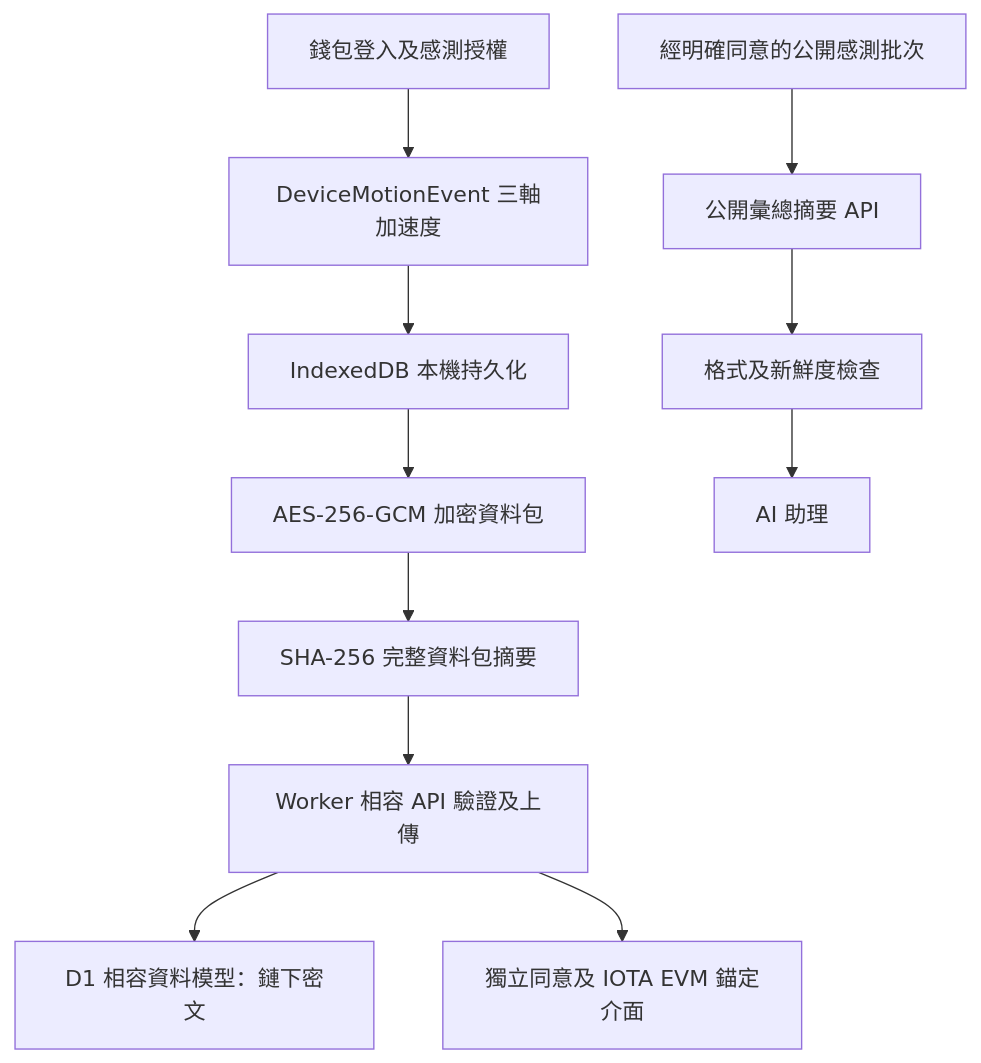
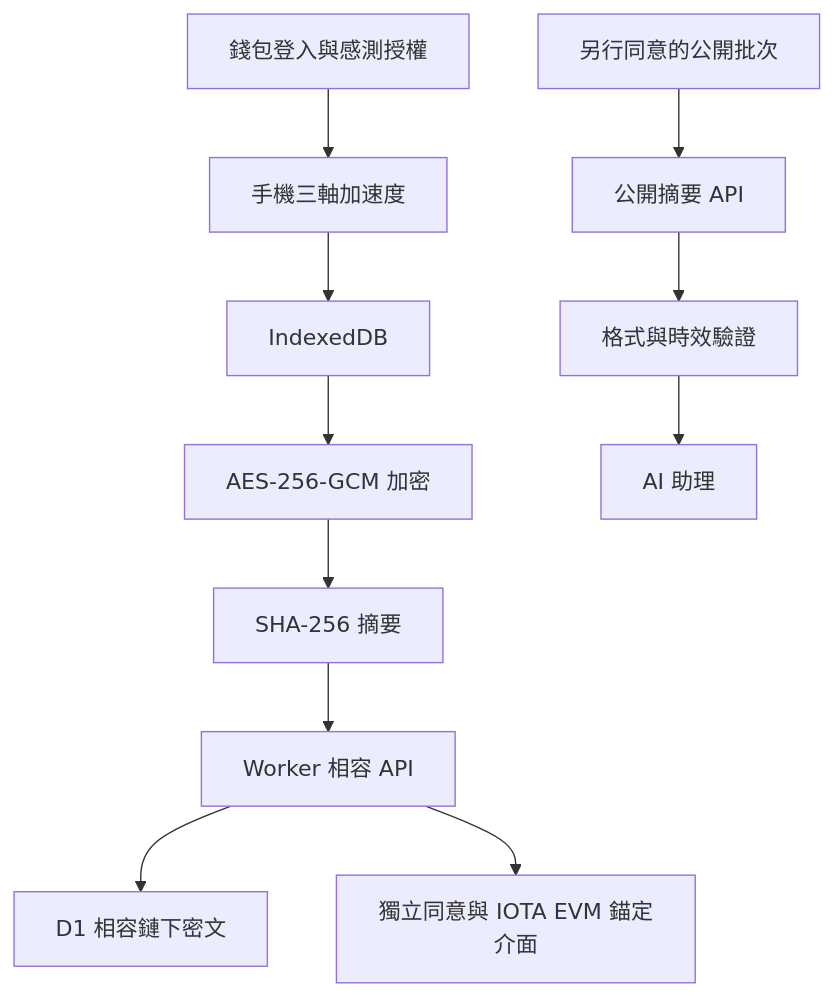
The second of 2 diagrams in docs/A2Z.md (marco202610/AIOT-DIC3), drawn with Mermaid before and after one commit. The commit also changed other lines of this file, not shown here.

````diff
--- a/docs/A2Z.md
+++ b/docs/A2Z.md
@@ -148,13 +197,13 @@
 ```mermaid
 flowchart TD
- W[錢包登入及感測授權] --> S[DeviceMotionEvent 三軸加速度]
- S --> L[IndexedDB 本機持久化]
- L --> E[AES-256-GCM 加密資料包]
- E --> H[SHA-256 完整資料包摘要]
- H --> U[Worker 相容 API 驗證及上傳]
- U --> D[D1 相容資料模型：鏈下密文]
- U --> C[獨立同意及 IOTA EVM 錨定介面]
- P[經明確同意的公開感測批次] --> A[公開彙總摘要 API]
- A --> V[格式及新鮮度檢查]
+ W[錢包登入與感測授權] --> S[手機三軸加速度]
+ S --> L[IndexedDB]
+ L --> E[AES-256-GCM 加密]
+ E --> H[SHA-256 摘要]
+ H --> U[Worker 相容 API]
+ U --> D[D1 相容鏈下密文]
+ U --> C[獨立同意與 IOTA EVM 錨定介面]
+ P[另行同意的公開批次] --> A[公開摘要 API]
+ A --> V[格式與時效驗證]
  V --> F[AI 助理]
 ```
````
